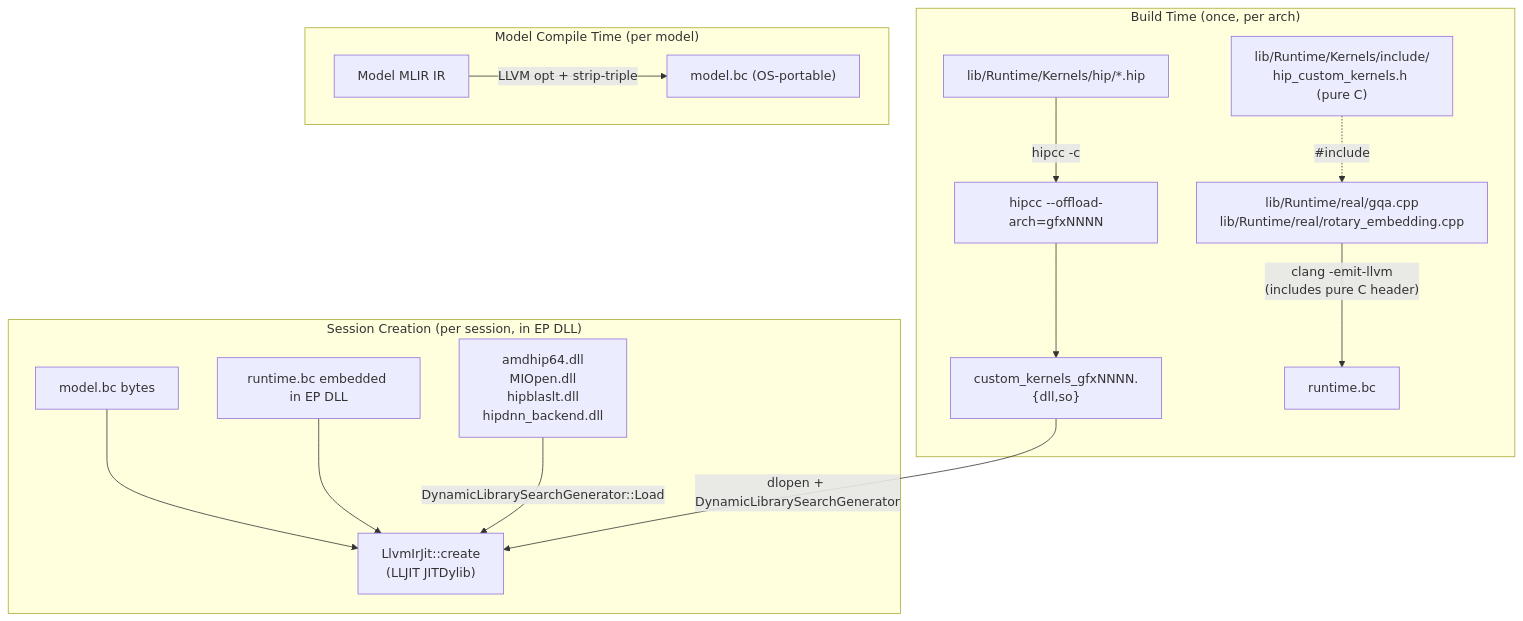
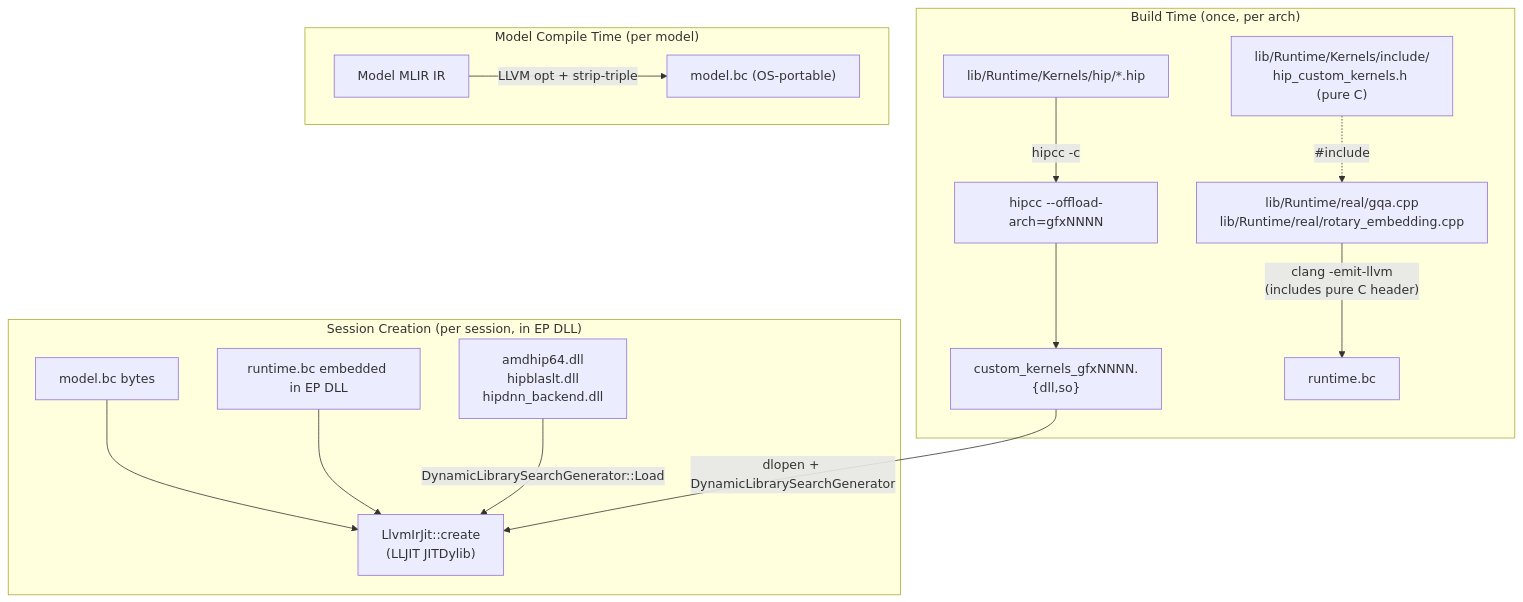
The diagram in docs/design/custom_kernel_design.md (ROCm/hip-ep), drawn with Mermaid before and after one commit. The commit also changed 27 other files, not shown here.

````diff
--- a/docs/design/custom_kernel_design.md
+++ b/docs/design/custom_kernel_design.md
@@ -11,31 +11,31 @@
 ```mermaid
 flowchart TD
     subgraph buildTime ["Build Time (once, per arch)"]
         HIP["lib/Runtime/Kernels/hip/*.hip"]
         HIPCC["hipcc --offload-arch=gfxNNNN"]
         KSO["custom_kernels_gfxNNNN.{dll,so}"]
         HIP -->|"hipcc -c"| HIPCC --> KSO
 
         RT["lib/Runtime/real/gqa.cpp\nlib/Runtime/real/rotary_embedding.cpp"]
         HDR["lib/Runtime/Kernels/include/\nhip_custom_kernels.h (pure C)"]
         BC["runtime.bc"]
         RT -->|"clang -emit-llvm\n(includes pure C header)"| BC
         HDR -.->|"#include"| RT
     end
 
     subgraph modelCompile ["Model Compile Time (per model)"]
         MIR["Model MLIR IR"]
         BCOUT["model.bc (OS-portable)"]
         MIR -->|"LLVM opt + strip-triple"| BCOUT
     end
 
     subgraph runtime ["Session Creation (per session, in EP DLL)"]
         BCIN["model.bc bytes"]
         EMBED["runtime.bc embedded in EP DLL"]
         JIT["LlvmIrJit::create\n(LLJIT JITDylib)"]
         BCIN --> JIT
         EMBED --> JIT
         KSO -->|"dlopen + DynamicLibrarySearchGenerator"| JIT
-        ROCM["amdhip64.dll\nMIOpen.dll\nhipblaslt.dll\nhipdnn_backend.dll"] -->|"DynamicLibrarySearchGenerator::Load"| JIT
+        ROCM["amdhip64.dll\nhipblaslt.dll\nhipdnn_backend.dll"] -->|"DynamicLibrarySearchGenerator::Load"| JIT
     end
 ```
````
